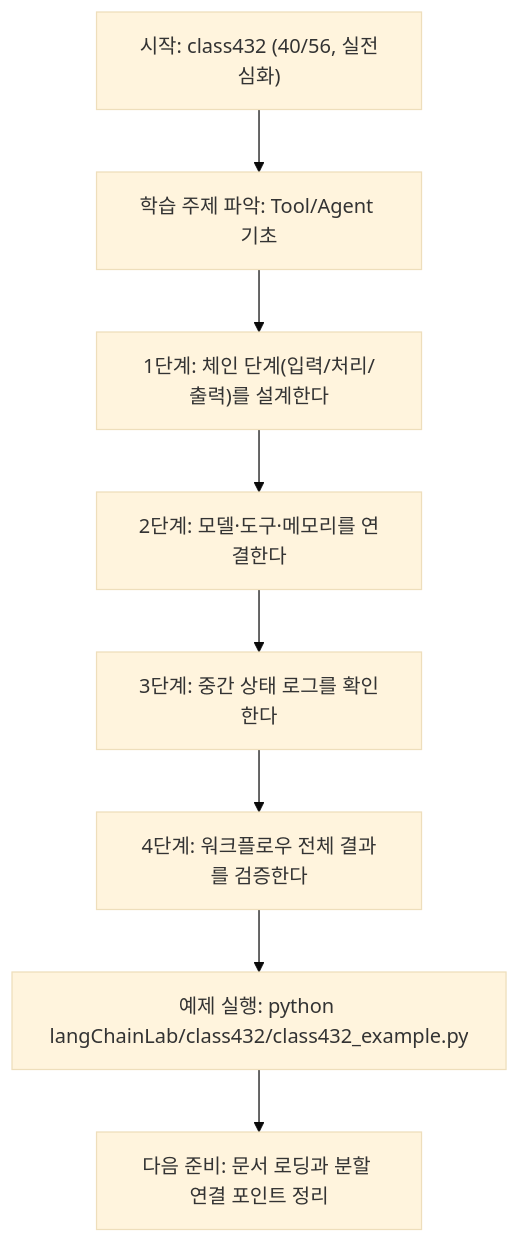
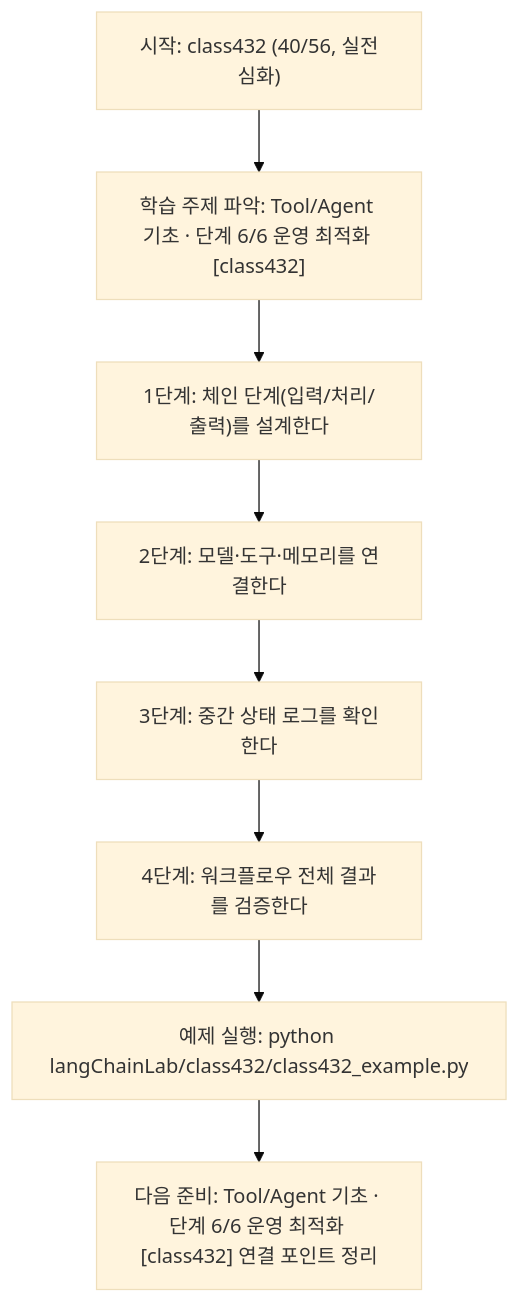
The diagram in langChainLab/class432/class432.md (edumgt/Python-AI_Agent-Class), drawn with Mermaid (base theme) before and after one commit. The commit also changed other lines of this file and 522 other files, not shown here.

````diff
--- a/langChainLab/class432/class432.md
+++ b/langChainLab/class432/class432.md
@@ -109,18 +110,18 @@
 ```mermaid
 flowchart TD
 N1["시작: class432 (40/56, 실전심화)"]
-N2["학습 주제 파악: Tool/Agent 기초"]
+N2["학습 주제 파악: Tool/Agent 기초 · 단계 6/6 운영 최적화 [class432]"]
 N3["1단계: 체인 단계(입력/처리/출력)를 설계한다"]
 N4["2단계: 모델·도구·메모리를 연결한다"]
 N5["3단계: 중간 상태 로그를 확인한다"]
 N6["4단계: 워크플로우 전체 결과를 검증한다"]
 N7["예제 실행: python langChainLab/class432/class432_example.py"]
-N8["다음 준비: 문서 로딩과 분할 연결 포인트 정리"]
+N8["다음 준비: Tool/Agent 기초 · 단계 6/6 운영 최적화 [class432] 연결 포인트 정리"]
 N1 --> N2
 N2 --> N3
 N3 --> N4
 N4 --> N5
 N5 --> N6
 N6 --> N7
 N7 --> N8
 ```
````
